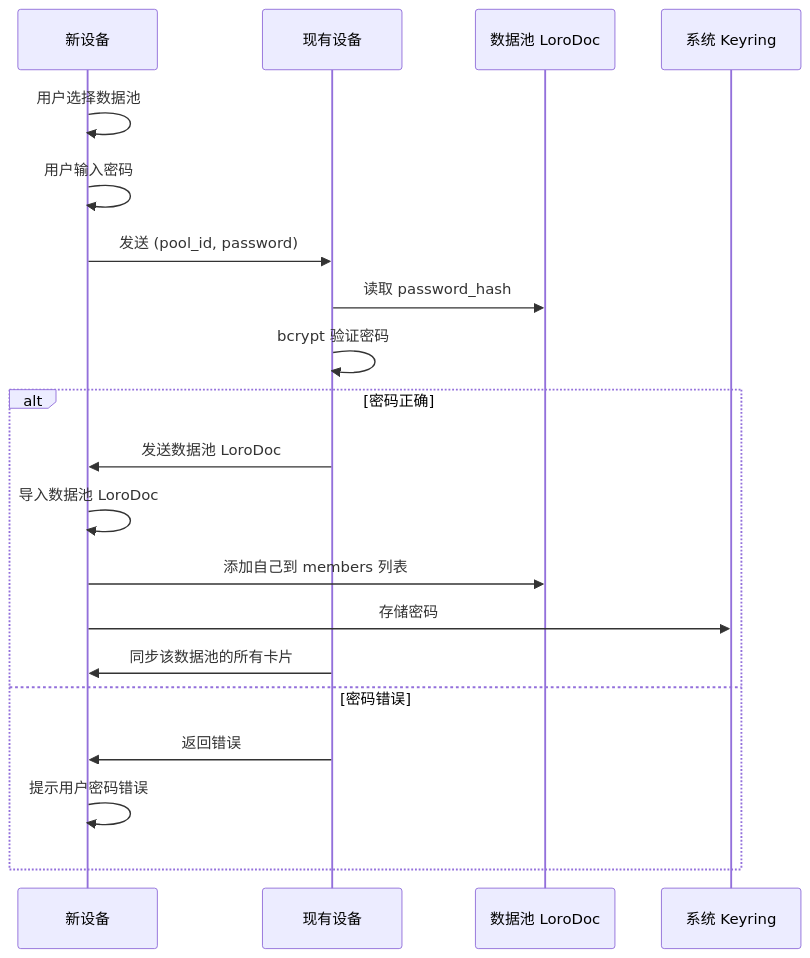
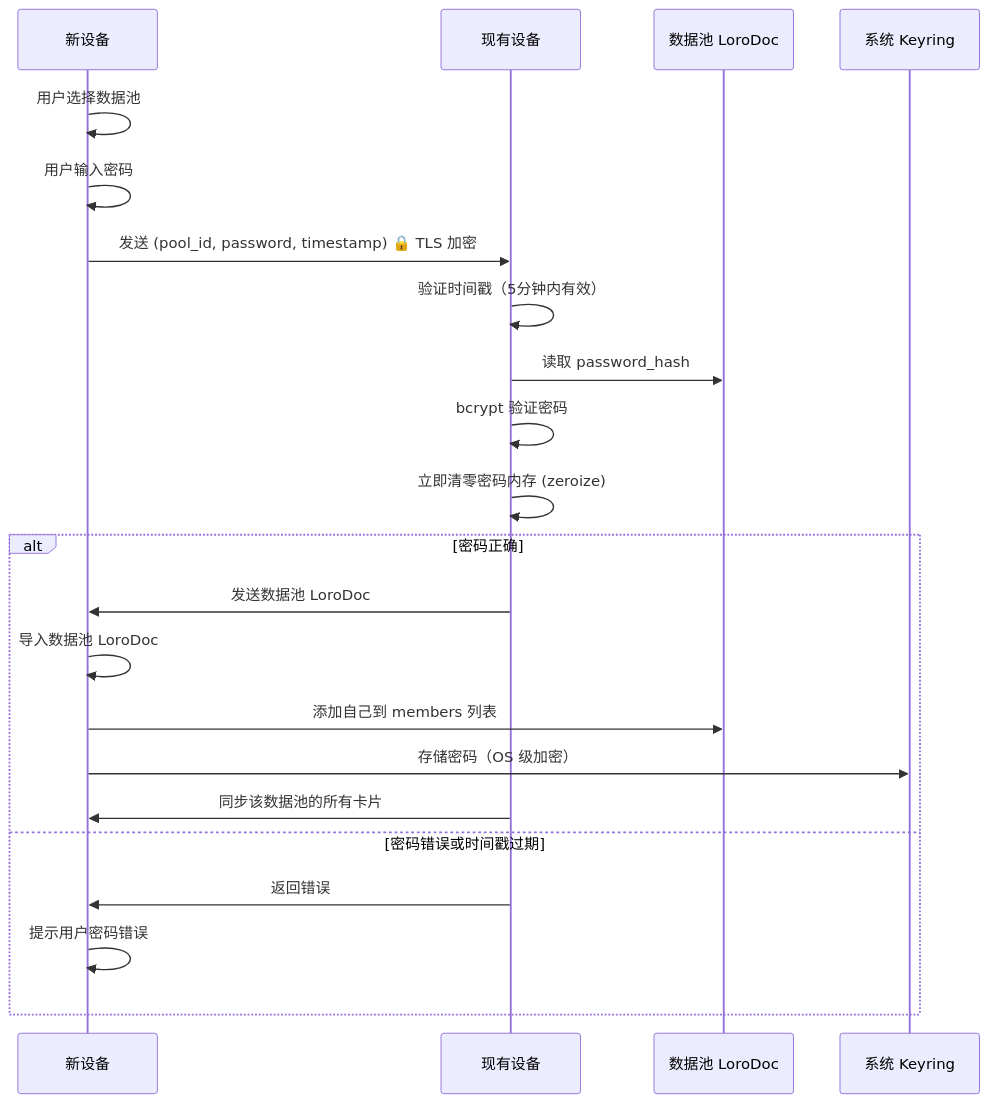
Before and after one commit to alexcdever/CardMind: the third of 4 diagrams in docs/architecture/sync_mechanism.md, drawn with Mermaid. The commit also changed other lines of this file and 4 other files, not shown here.

````diff
--- a/docs/architecture/sync_mechanism.md
+++ b/docs/architecture/sync_mechanism.md
@@ -142,23 +155,25 @@
 ```mermaid
 sequenceDiagram
     participant NewDevice as 新设备
     participant ExistingDevice as 现有设备
     participant PoolDoc as 数据池 LoroDoc
     participant Keyring as 系统 Keyring
 
     NewDevice->>NewDevice: 用户选择数据池
     NewDevice->>NewDevice: 用户输入密码
-    NewDevice->>ExistingDevice: 发送 (pool_id, password)
+    NewDevice->>ExistingDevice: 发送 (pool_id, password, timestamp) 🔒 TLS 加密
+    ExistingDevice->>ExistingDevice: 验证时间戳（5分钟内有效）
     ExistingDevice->>PoolDoc: 读取 password_hash
     ExistingDevice->>ExistingDevice: bcrypt 验证密码
+    ExistingDevice->>ExistingDevice: 立即清零密码内存 (zeroize)
     alt 密码正确
         ExistingDevice->>NewDevice: 发送数据池 LoroDoc
         NewDevice->>NewDevice: 导入数据池 LoroDoc
         NewDevice->>PoolDoc: 添加自己到 members 列表
-        NewDevice->>Keyring: 存储密码
+        NewDevice->>Keyring: 存储密码（OS 级加密）
         ExistingDevice->>NewDevice: 同步该数据池的所有卡片
-    else 密码错误
+    else 密码错误或时间戳过期
         ExistingDevice->>NewDevice: 返回错误
         NewDevice->>NewDevice: 提示用户密码错误
     end
 ```
````
